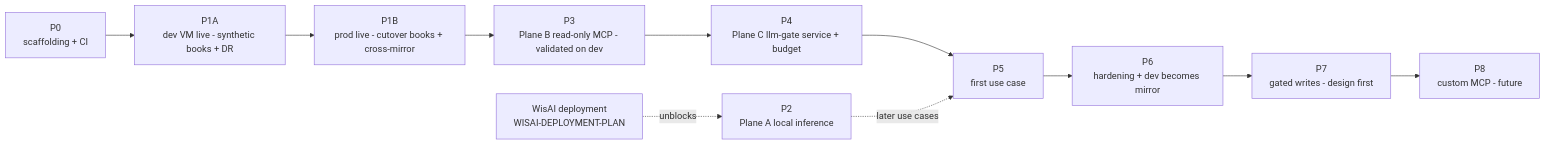
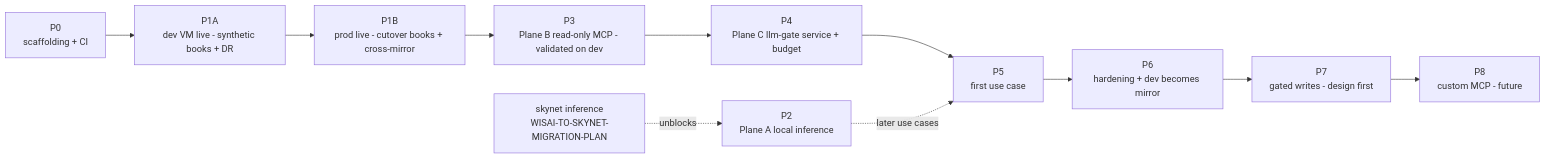
Before and after one commit to uhstray-io/agent-cloud: the first of 4 diagrams in plan/development/ERPNEXT-DEPLOYMENT.md, drawn with Mermaid. The commit also changed other lines of this file and 13 other files, not shown here.

First line of the commit message:
promote: skynet docs reframe + WisAI→skynet migration plan (dev → main) (#70)

````diff
--- a/plan/development/ERPNEXT-DEPLOYMENT.md
+++ b/plan/development/ERPNEXT-DEPLOYMENT.md
@@ -33,13 +33,13 @@
 ```mermaid
 flowchart LR
-  WIS[WisAI deployment<br/>WISAI-DEPLOYMENT-PLAN] -. unblocks .-> P2
+  WIS[skynet inference<br/>WISAI-TO-SKYNET-MIGRATION-PLAN] -. unblocks .-> P2
   P0[P0<br/>scaffolding + CI] --> P1A[P1A<br/>dev VM live - synthetic books + DR]
   P1A --> P1B[P1B<br/>prod live - cutover books + cross-mirror]
   P1B --> P3[P3<br/>Plane B read-only MCP - validated on dev]
   P3 --> P4[P4<br/>Plane C llm-gate service + budget]
   P4 --> P5[P5<br/>first use case]
   P2[P2<br/>Plane A local inference] -. later use cases .-> P5
   P5 --> P6[P6<br/>hardening + dev becomes mirror]
   P6 --> P7[P7<br/>gated writes - design first]
   P7 --> P8[P8<br/>custom MCP - future]
 ```
````
